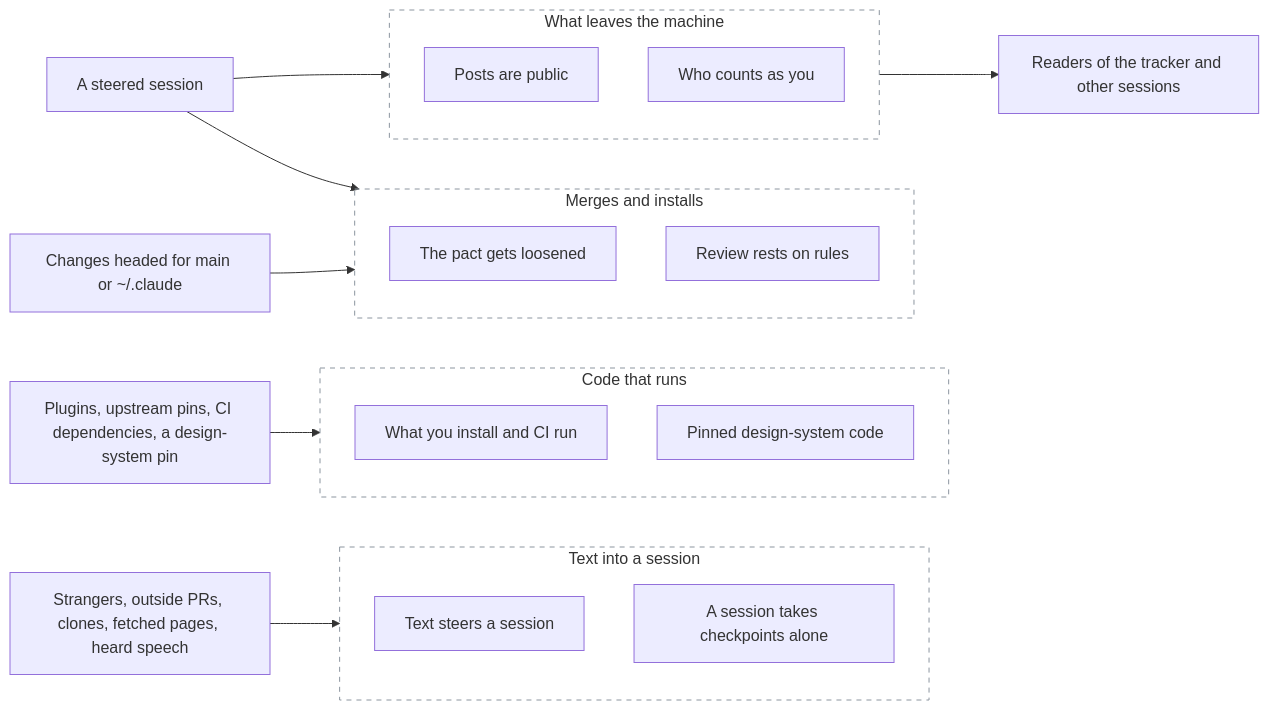
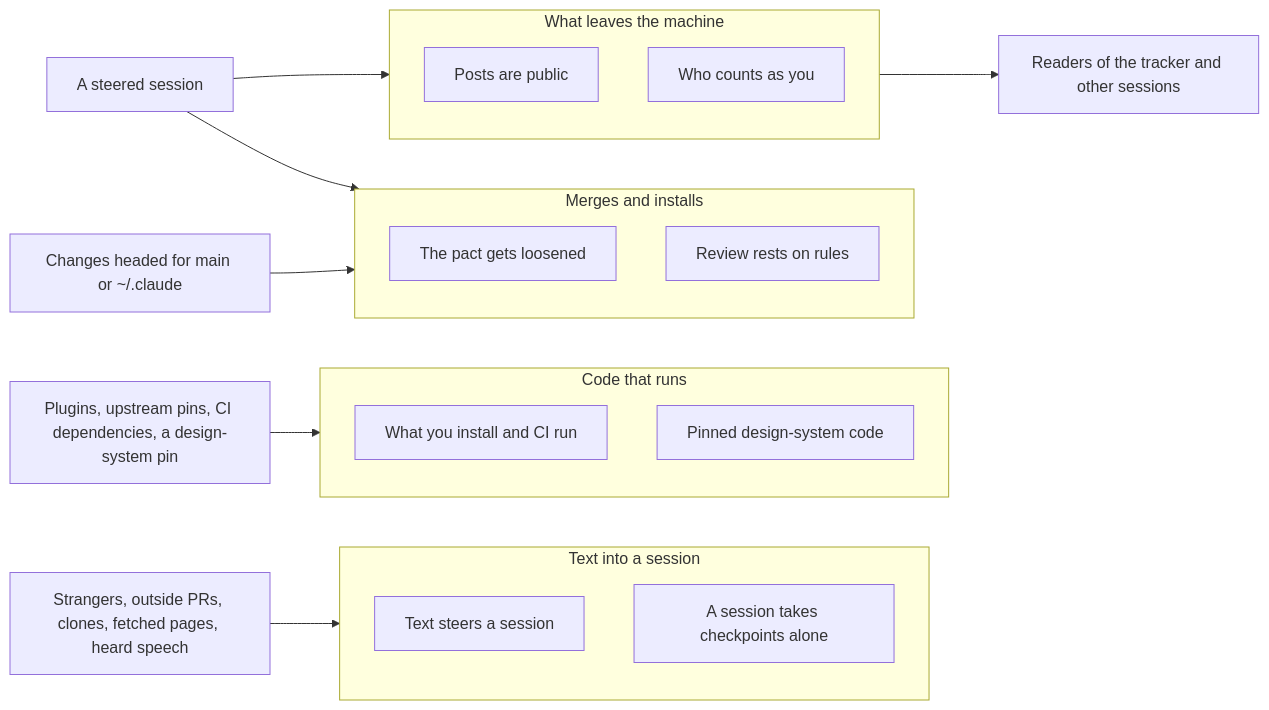
One commit to mephistopheles4/the-pact changed the diagram in docs/threat-model.md. Above: the diagram before and after it, drawn with Mermaid. The commit also changed other lines of this file and 12 other files, not shown here.

````diff
--- a/docs/threat-model.md
+++ b/docs/threat-model.md
@@ -21,37 +20,33 @@
 ```mermaid
 flowchart LR
   outside["Strangers, outside PRs, clones, fetched pages, heard speech"]
   upstream["Plugins, upstream pins, CI dependencies, a design-system pin"]
   owner["Changes headed for main or ~/.claude"]
   session["A steered session"]
   readers["Readers of the tracker and other sessions"]
 
   subgraph B1["Text into a session"]
     T1["Text steers a session"]
     T2["A session takes checkpoints alone"]
   end
   subgraph B2["Code that runs"]
     T3["What you install and CI run"]
     T4["Pinned design-system code"]
   end
   subgraph B3["Merges and installs"]
     T5["The pact gets loosened"]
     T6["Review rests on rules"]
   end
   subgraph B4["What leaves the machine"]
     T7["Posts are public"]
     T8["Who counts as you"]
   end
 
   outside --> B1
   upstream --> B2
   session --> B3
   owner --> B3
   session --> B4
   B4 --> readers
 
-  style B1 fill:transparent,stroke:#8c959f,stroke-dasharray: 5 5
-  style B2 fill:transparent,stroke:#8c959f,stroke-dasharray: 5 5
-  style B3 fill:transparent,stroke:#8c959f,stroke-dasharray: 5 5
-  style B4 fill:transparent,stroke:#8c959f,stroke-dasharray: 5 5
 ```
````
